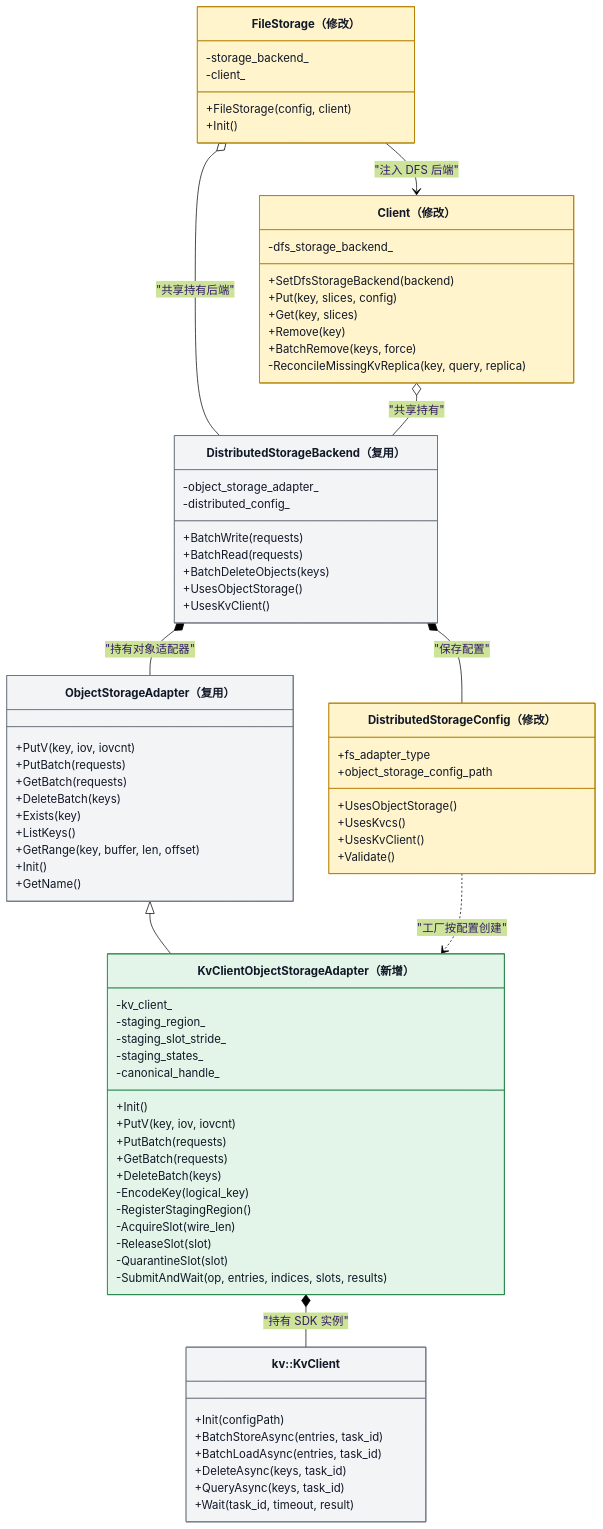
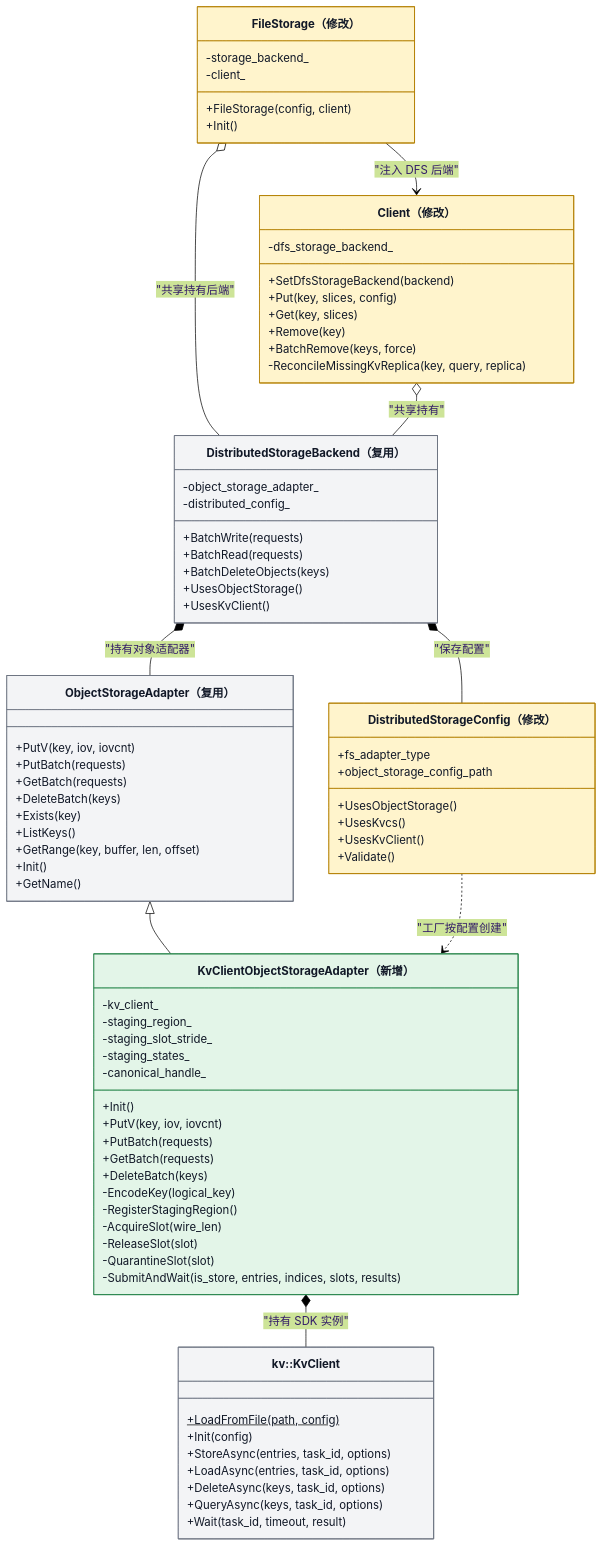
Before and after one commit to zwj20000328-dotcom/Mooncake-documents: the second of 13 diagrams in Mooncake + KVClient L3 接入（Kvcs）- v3.md, drawn with Mermaid (forest theme). The commit also changed other lines of this file, not shown here.

```diff
--- a/Mooncake + KVClient L3 接入（Kvcs）- v3.md
+++ b/Mooncake + KVClient L3 接入（Kvcs）- v3.md
@@ -202,15 +216,16 @@
         -AcquireSlot(wire_len)
         -ReleaseSlot(slot)
         -QuarantineSlot(slot)
-        -SubmitAndWait(op, entries, indices, slots, results)
+        -SubmitAndWait(is_store, entries, indices, slots, results)
     }
 
     class SdkKvClient["kv::KvClient"] {
-        +Init(configPath)
-        +BatchStoreAsync(entries, task_id)
-        +BatchLoadAsync(entries, task_id)
-        +DeleteAsync(keys, task_id)
-        +QueryAsync(keys, task_id)
+        +LoadFromFile(path, config)$
+        +Init(config)
+        +StoreAsync(entries, task_id, options)
+        +LoadAsync(entries, task_id, options)
+        +DeleteAsync(keys, task_id, options)
+        +QueryAsync(keys, task_id, options)
         +Wait(task_id, timeout, result)
     }
 
```
